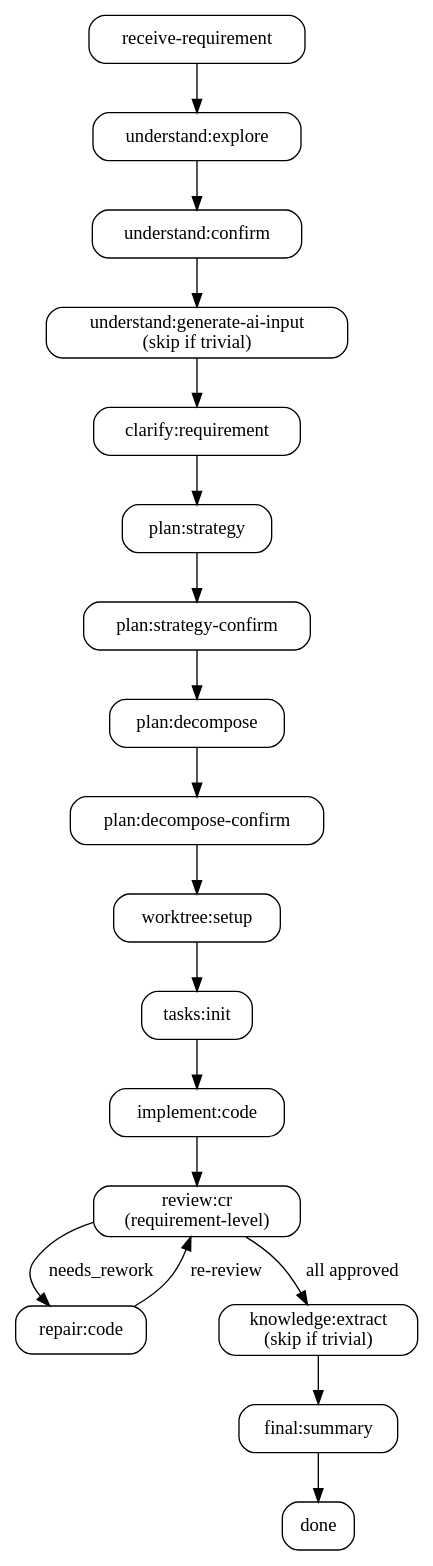
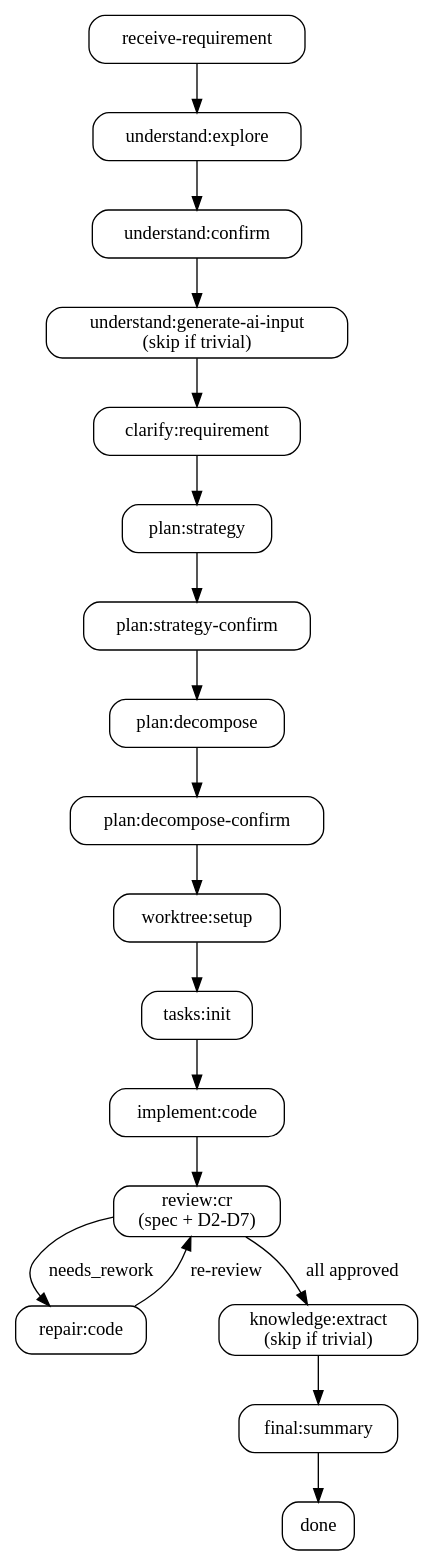
One commit to Jxin-Cai/chisel changed the diagram in skills/chisel/SKILL.md. Above: the diagram before and after it, drawn with Graphviz. The commit also changed other lines of this file and 16 other files, not shown here.

````diff
--- a/skills/chisel/SKILL.md
+++ b/skills/chisel/SKILL.md
@@ -51,31 +51,31 @@
 ```dot
 digraph chisel_flow {
   rankdir=TB; node [shape=box, style=rounded];
   receive [label="receive-requirement"];
   explore [label="understand:explore"];
   u_confirm [label="understand:confirm"];
   ai_input [label="understand:generate-ai-input\n(skip if trivial)"];
   clarify [label="clarify:requirement"];
   strategy [label="plan:strategy"];
   s_confirm [label="plan:strategy-confirm"];
   decompose [label="plan:decompose"];
   d_confirm [label="plan:decompose-confirm"];
   worktree [label="worktree:setup"];
   tasks [label="tasks:init"];
   implement [label="implement:code"];
-  review [label="review:cr\n(requirement-level)"];
+  review [label="review:cr\n(spec + D2-D7)"];
   repair [label="repair:code"];
   knowledge [label="knowledge:extract\n(skip if trivial)"];
   final [label="final:summary"];
   done [label="done"];
 
   receive -> explore -> u_confirm -> ai_input -> clarify;
   clarify -> strategy -> s_confirm -> decompose -> d_confirm;
   d_confirm -> worktree -> tasks;
   tasks -> implement -> review;
   review -> repair [label="needs_rework"];
   repair -> review [label="re-review"];
   review -> knowledge [label="all approved"];
   knowledge -> final -> done;
 }
 ```
````
